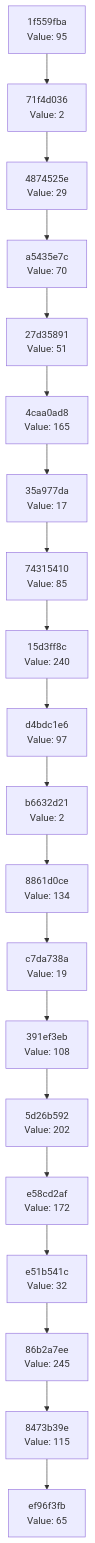
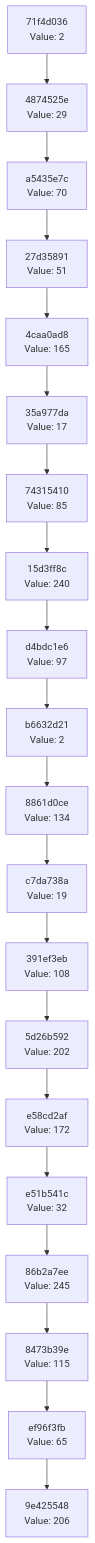
The diagram in docs/CHAIN_VISUALIZATION.md (Abhisheksinha1506/hash-chain-evolver), drawn with Mermaid before and after one commit. The commit also changed 3 other files, not shown here.

````diff
--- a/docs/CHAIN_VISUALIZATION.md
+++ b/docs/CHAIN_VISUALIZATION.md
@@ -3,42 +3,42 @@
 ```mermaid
 graph TD
-    C0["ef96f3fb<br/>Value: 65"]
-    C1["8473b39e<br/>Value: 115"]
+    C0["9e425548<br/>Value: 206"]
+    C1["ef96f3fb<br/>Value: 65"]
     C1 --> C0
-    C2["86b2a7ee<br/>Value: 245"]
+    C2["8473b39e<br/>Value: 115"]
     C2 --> C1
-    C3["e51b541c<br/>Value: 32"]
+    C3["86b2a7ee<br/>Value: 245"]
     C3 --> C2
-    C4["e58cd2af<br/>Value: 172"]
+    C4["e51b541c<br/>Value: 32"]
     C4 --> C3
-    C5["5d26b592<br/>Value: 202"]
+    C5["e58cd2af<br/>Value: 172"]
     C5 --> C4
-    C6["391ef3eb<br/>Value: 108"]
+    C6["5d26b592<br/>Value: 202"]
     C6 --> C5
-    C7["c7da738a<br/>Value: 19"]
+    C7["391ef3eb<br/>Value: 108"]
     C7 --> C6
-    C8["8861d0ce<br/>Value: 134"]
+    C8["c7da738a<br/>Value: 19"]
     C8 --> C7
-    C9["b6632d21<br/>Value: 2"]
+    C9["8861d0ce<br/>Value: 134"]
     C9 --> C8
-    C10["d4bdc1e6<br/>Value: 97"]
+    C10["b6632d21<br/>Value: 2"]
     C10 --> C9
-    C11["15d3ff8c<br/>Value: 240"]
+    C11["d4bdc1e6<br/>Value: 97"]
     C11 --> C10
-    C12["74315410<br/>Value: 85"]
+    C12["15d3ff8c<br/>Value: 240"]
     C12 --> C11
-    C13["35a977da<br/>Value: 17"]
+    C13["74315410<br/>Value: 85"]
     C13 --> C12
-    C14["4caa0ad8<br/>Value: 165"]
+    C14["35a977da<br/>Value: 17"]
     C14 --> C13
-    C15["27d35891<br/>Value: 51"]
+    C15["4caa0ad8<br/>Value: 165"]
     C15 --> C14
-    C16["a5435e7c<br/>Value: 70"]
+    C16["27d35891<br/>Value: 51"]
     C16 --> C15
-    C17["4874525e<br/>Value: 29"]
+    C17["a5435e7c<br/>Value: 70"]
     C17 --> C16
-    C18["71f4d036<br/>Value: 2"]
+    C18["4874525e<br/>Value: 29"]
     C18 --> C17
-    C19["1f559fba<br/>Value: 95"]
+    C19["71f4d036<br/>Value: 2"]
     C19 --> C18
 ```
````
